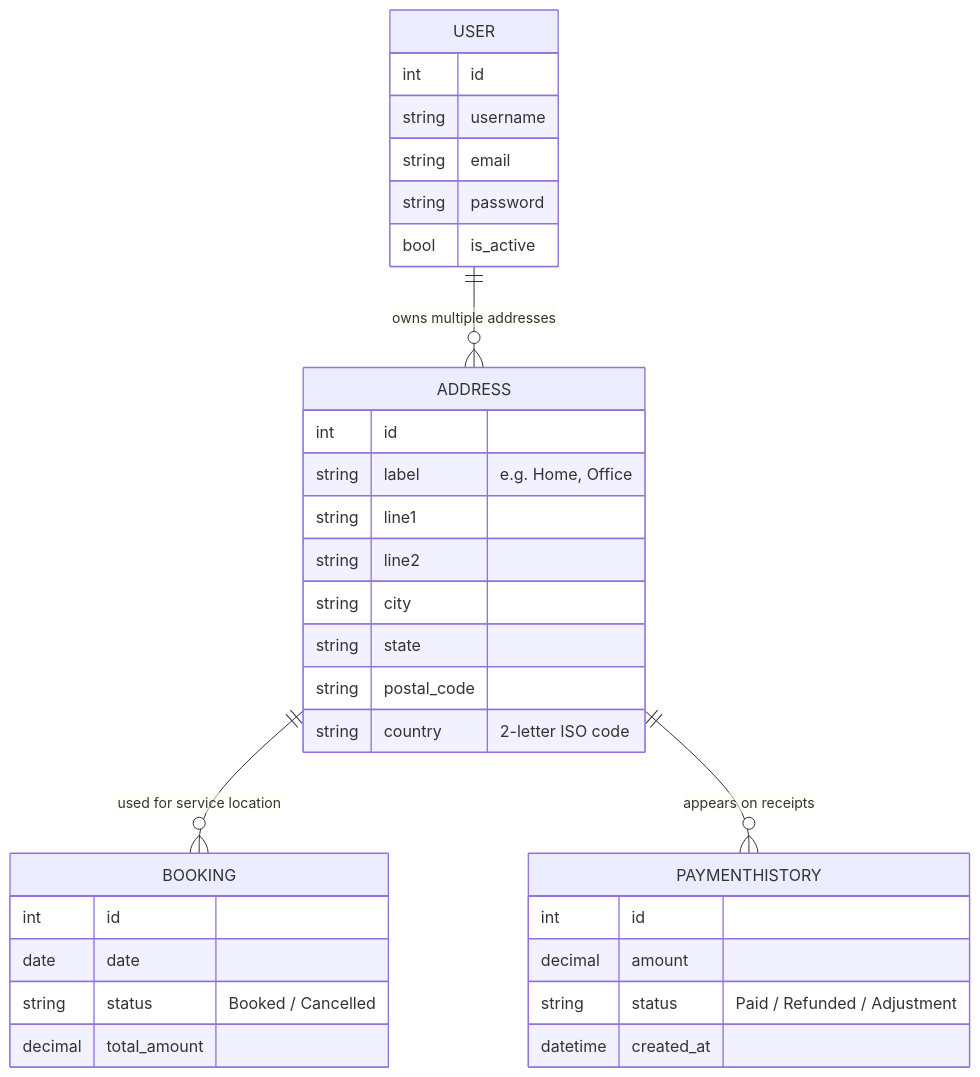
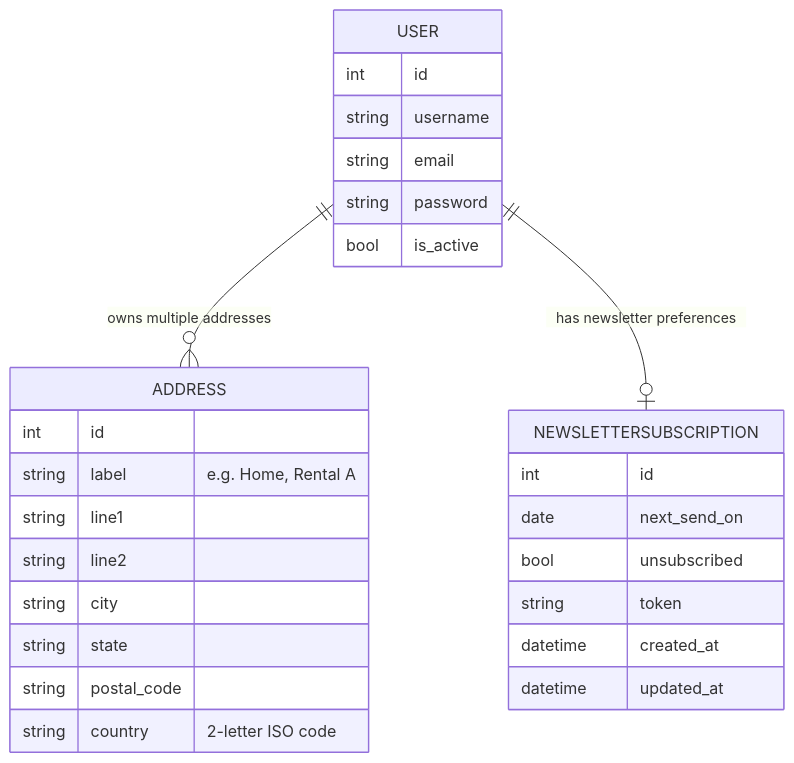
One commit to Pacman0126/tucker-and-dales-home-services changed the fourth of 5 diagrams in README.md. Above: the diagram before and after it, drawn with Mermaid. The commit also changed other lines of this file, not shown here.

````diff
--- a/README.md
+++ b/README.md
@@ -501,55 +543,50 @@
 ```mermaid
 erDiagram
     %% =========================
     %% RELATIONSHIPS
     %% =========================
 
     USER ||--o{ ADDRESS : "owns multiple addresses"
-
-    ADDRESS ||--o{ BOOKING : "used for service location"
-    ADDRESS ||--o{ PAYMENTHISTORY : "appears on receipts"
+    USER ||--o| NEWSLETTERSUBSCRIPTION : "has newsletter preferences"
 
     %% =========================
     %% ENTITY DEFINITIONS
     %% =========================
 
     USER {
       int id
       string username
       string email
       string password
       bool is_active
     }
 
     ADDRESS {
       int id
-      string label           "e.g. Home, Office"
+      string label           "e.g. Home, Rental A"
       string line1
       string line2
       string city
       string state
       string postal_code
-      string country          "2-letter ISO code"
+      string country         "2-letter ISO code"
     }
 
-    BOOKING {
+    NEWSLETTERSUBSCRIPTION {
       int id
-      date date
-      string status           "Booked / Cancelled"
-      decimal total_amount
-    }
-
-    PAYMENTHISTORY {
-      int id
-      decimal amount
-      string status           "Paid / Refunded / Adjustment"
+      date next_send_on
+      bool unsubscribed
+      string token
       datetime created_at
+      datetime updated_at
     }
 
     %% =========================
     %% LOGIC FLOW NOTES
     %% =========================
-    %% USERS can own multiple ADDRESSES in the CORE app.
-    %% Each ADDRESS may be referenced in bookings and payments
-    %% to maintain consistent billing and service records.
+    %% USERS can own multiple ADDRESS records in the CORE app.
+    %% ADDRESS remains a reusable core model, but BOOKING and PAYMENTHISTORY
+    %% now store service/billing address snapshots directly rather than
+    %% referencing ADDRESS by foreign key.
+    %% NEWSLETTERSUBSCRIPTION stores each user's newsletter send state.
 ```
````
